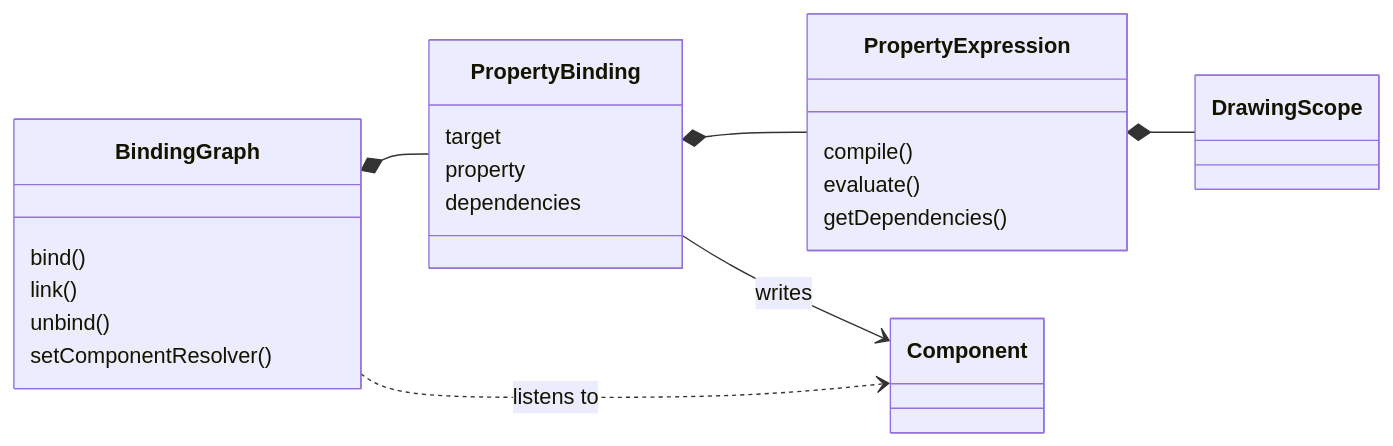
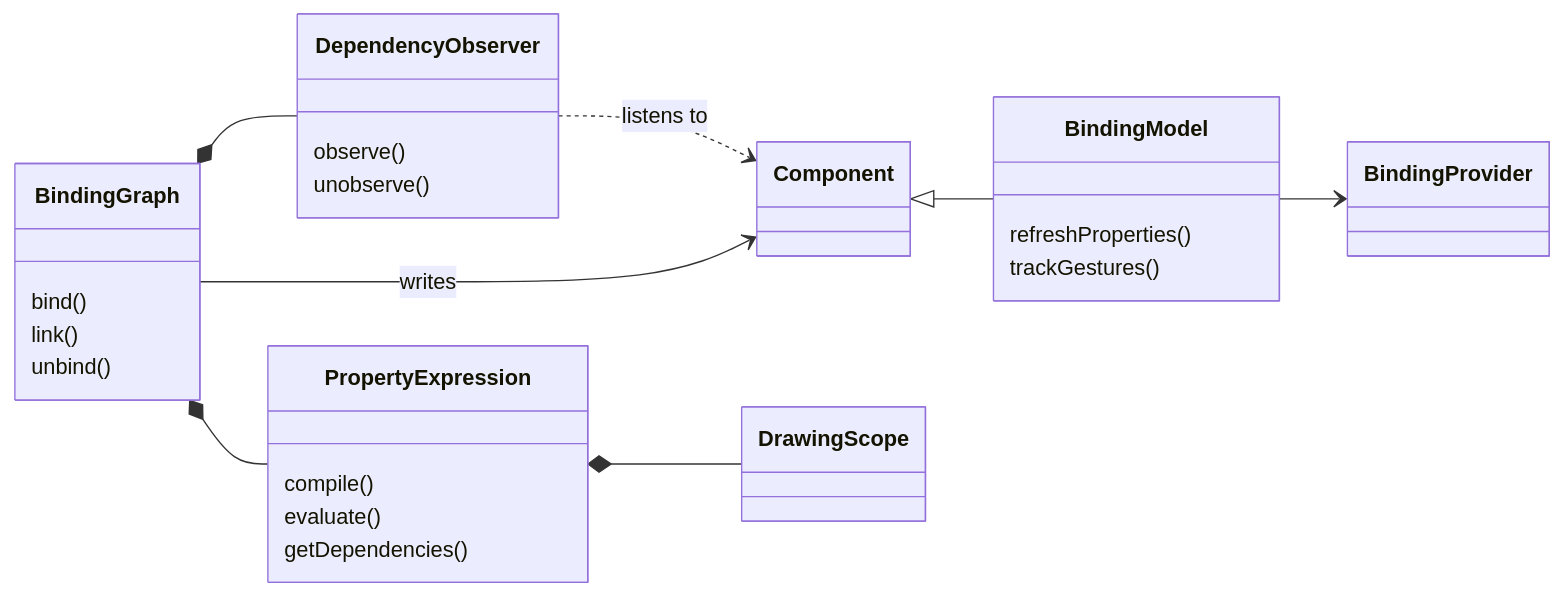
Before and after one commit to kunitoki/yup: the eighth of 10 diagrams in docs/ui/yui-architecture.md, drawn with Mermaid. The commit also changed other lines of this file and 48 other files, not shown here.

````diff
--- a/docs/ui/yui-architecture.md
+++ b/docs/ui/yui-architecture.md
@@ -303,25 +304,29 @@
 ```mermaid
 classDiagram
     direction LR
     class BindingGraph {
         bind()
         link()
         unbind()
-        setComponentResolver()
     }
-    class PropertyBinding {
-        target
-        property
-        dependencies
+    class DependencyObserver {
+        observe()
+        unobserve()
     }
     class PropertyExpression {
         compile()
         evaluate()
         getDependencies()
     }
-    BindingGraph *-- PropertyBinding
-    BindingGraph ..> Component : listens to
-    PropertyBinding *-- PropertyExpression
+    class BindingModel {
+        refreshProperties()
+        trackGestures()
+    }
+    BindingGraph *-- DependencyObserver
+    BindingGraph *-- PropertyExpression
+    DependencyObserver ..> Component : listens to
     PropertyExpression *-- DrawingScope
-    PropertyBinding --> Component : writes
+    BindingGraph --> Component : writes
+    Component <|-- BindingModel
+    BindingModel --> BindingProvider
 ```
````
